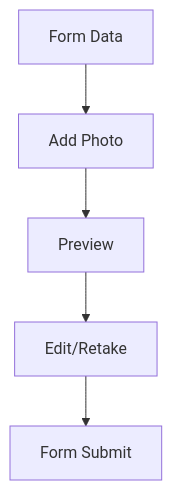
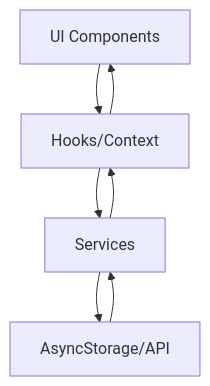
One commit to RaditSuryaWijya/tugaskuFinal changed the diagram in memory-bank/systemPatterns.md. Above: the diagram before and after it, drawn with Mermaid. The commit also changed other lines of this file and 23 other files, not shown here.

````diff
--- a/memory-bank/systemPatterns.md
+++ b/memory-bank/systemPatterns.md
@@ -87,7 +34,9 @@
-   ```mermaid
-   graph TD
-     A[Form Data] --> B[Add Photo]
-     B --> C[Preview]
-     C --> D[Edit/Retake]
-     D --> E[Form Submit]
-   ```
+```mermaid
+graph TD
+    A[UI Components] --> B[Hooks/Context]
+    B --> C[Services]
+    C --> D[AsyncStorage/API]
+    D --> C
+    C --> B
+    B --> A
+```
````
